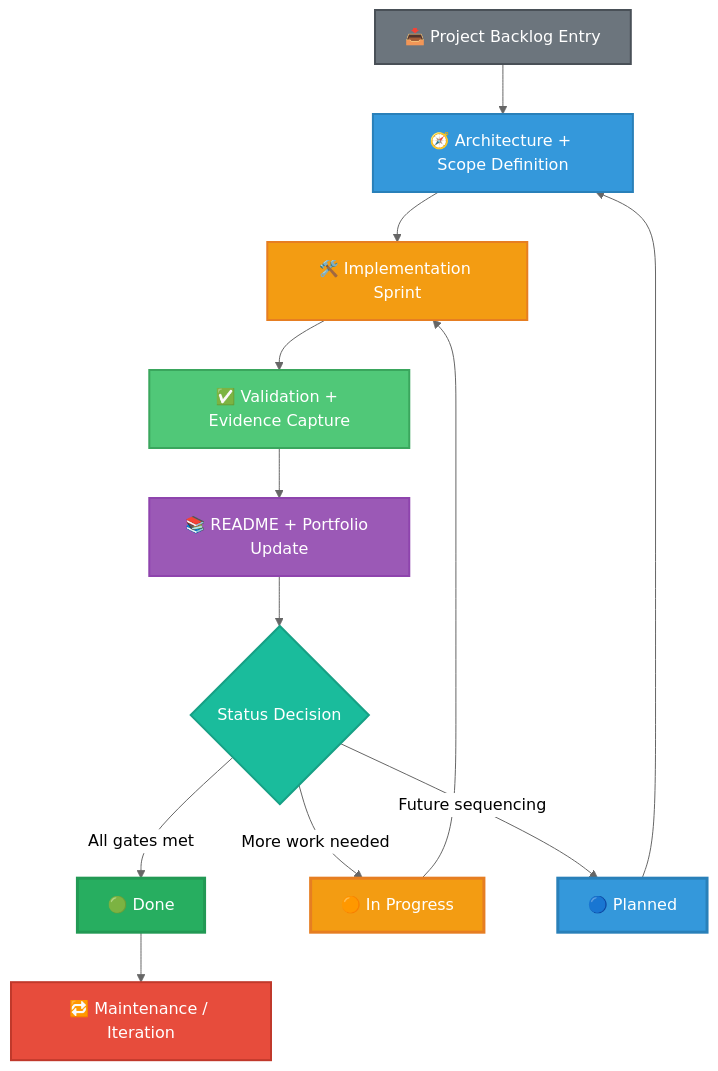
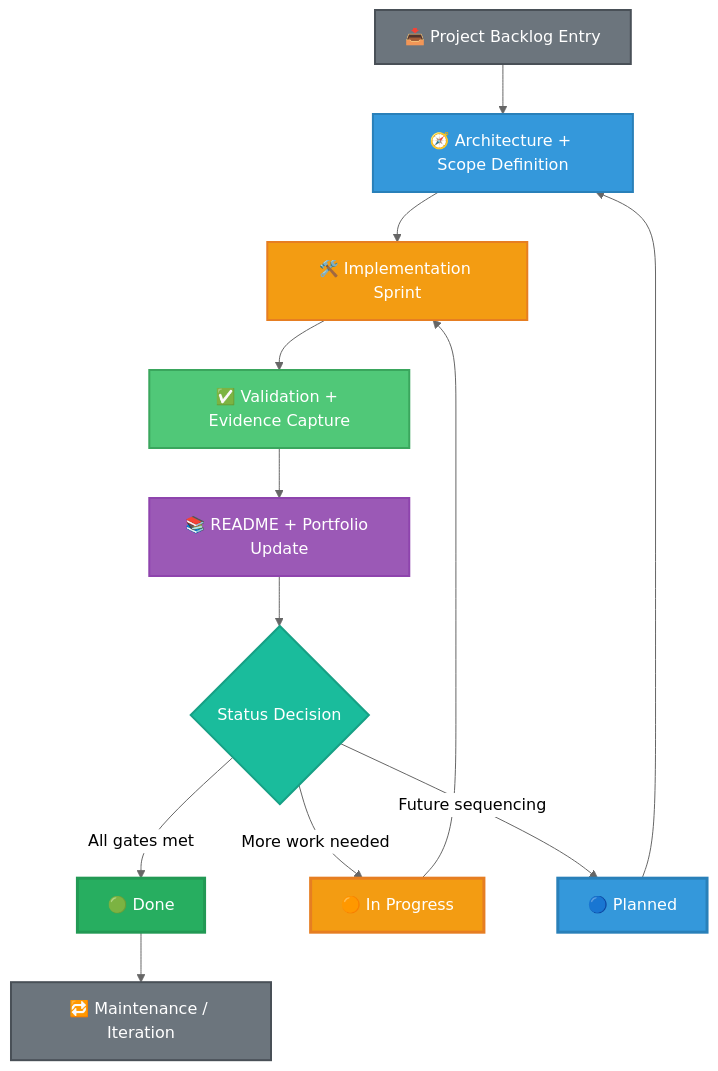
Before and after one commit to samueljackson-collab/Samueljackson-collab: diagram 30 of 31 in README.md, drawn with Mermaid (neutral theme).

````diff
--- a/README.md
+++ b/README.md
@@ -1126,25 +1126,25 @@
 ```mermaid
 flowchart TD
   A[📥 Project Backlog Entry] --> B[🧭 Architecture + Scope Definition]
   B --> C[🛠️ Implementation Sprint]
   C --> D[✅ Validation + Evidence Capture]
   D --> E[📚 README + Portfolio Update]
   E --> F{Status Decision}
   F -->|All gates met| G[🟢 Done]
   F -->|More work needed| H[🟠 In Progress]
   F -->|Future sequencing| I[🔵 Planned]
   G --> J[🔁 Maintenance / Iteration]
   H --> C
   I --> B
 
   style A fill:#6c757d,stroke:#495057,stroke-width:2px,color:#fff
   style B fill:#3498db,stroke:#2980b9,stroke-width:2px,color:#fff
   style C fill:#f39c12,stroke:#e67e22,stroke-width:2px,color:#fff
   style D fill:#50C878,stroke:#3aa65d,stroke-width:2px,color:#fff
   style E fill:#9b59b6,stroke:#8e44ad,stroke-width:2px,color:#fff
   style F fill:#1abc9c,stroke:#16a085,stroke-width:2px,color:#fff
   style G fill:#27ae60,stroke:#229954,stroke-width:3px,color:#fff
   style H fill:#f39c12,stroke:#e67e22,stroke-width:3px,color:#fff
   style I fill:#3498db,stroke:#2980b9,stroke-width:3px,color:#fff
-  style J fill:#e74c3c,stroke:#c0392b,stroke-width:2px,color:#fff
+  style J fill:#6c757d,stroke:#495057,stroke-width:2px,color:#fff
 ```
````
